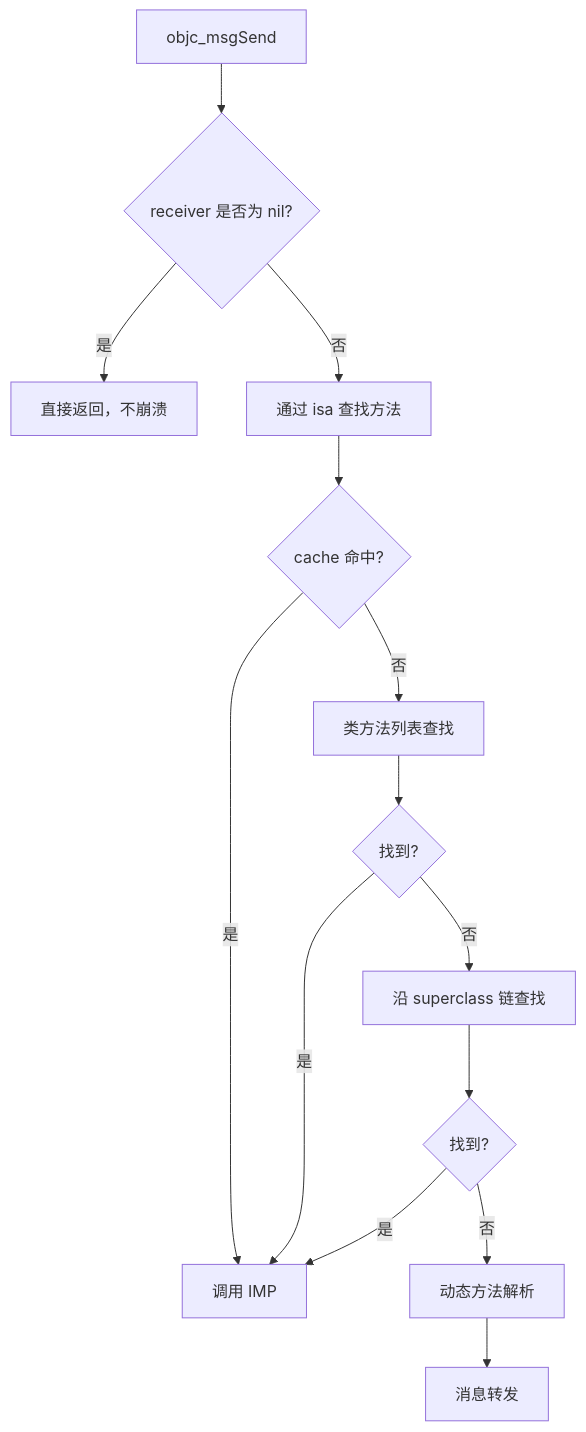
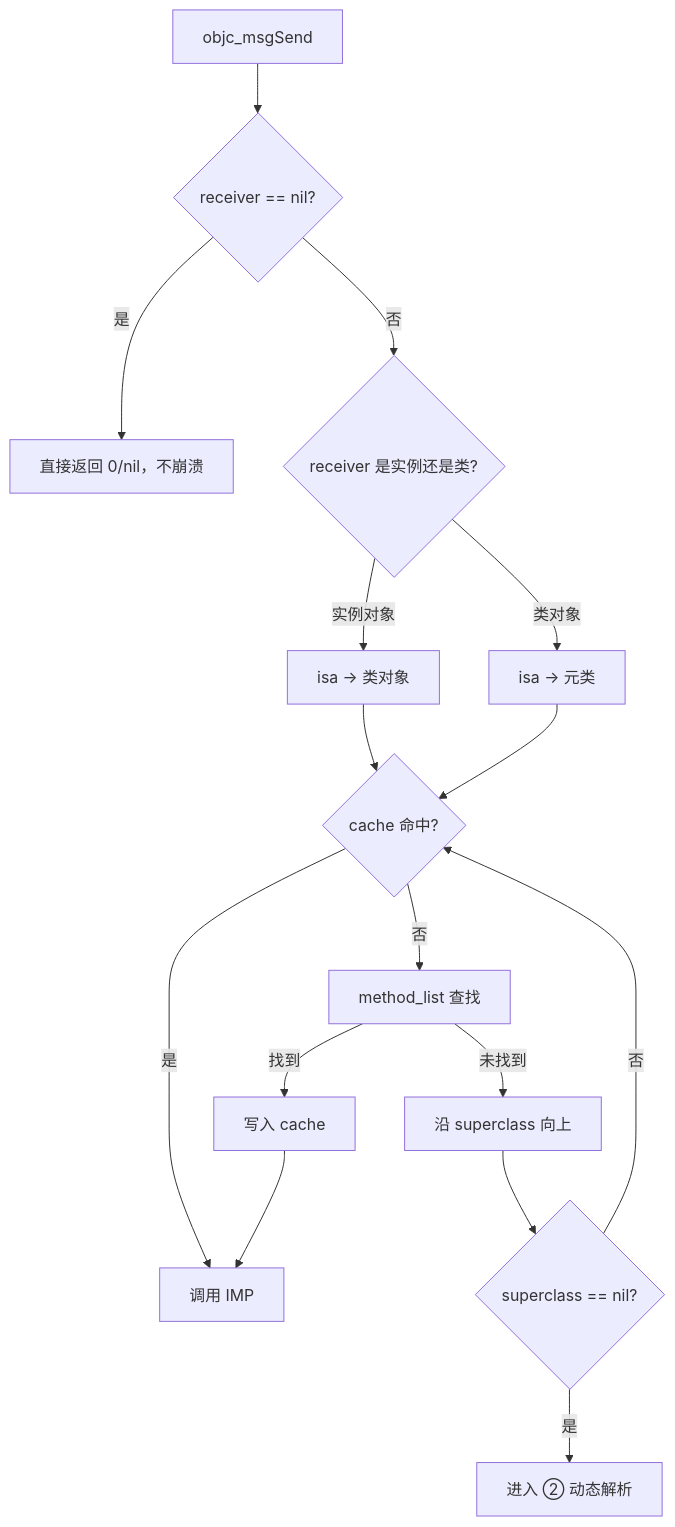
Before and after one commit to lvzh2012/lvzh2012.github.io: the diagram in content/posts/iOS面试/OC/02-OC动态解析Runtime.md, drawn with Mermaid. The commit also changed other lines of this file and 51 other files, not shown here.

````diff
--- a/content/posts/iOS面试/OC/02-OC动态解析Runtime.md
+++ b/content/posts/iOS面试/OC/02-OC动态解析Runtime.md
@@ -21,16 +54,18 @@
 ```mermaid
 flowchart TD
-    A[objc_msgSend] --> B{receiver 是否为 nil?}
-    B -->|是| C[直接返回，不崩溃]
-    B -->|否| D[通过 isa 查找方法]
-    D --> E{cache 命中?}
-    E -->|是| F[调用 IMP]
-    E -->|否| G[类方法列表查找]
-    G --> H{找到?}
-    H -->|是| F
-    H -->|否| I[沿 superclass 链查找]
-    I --> J{找到?}
-    J -->|是| F
-    J -->|否| K[动态方法解析]
-    K --> L[消息转发]
+    A["objc_msgSend"] --> B{"receiver == nil?"}
+    B -->|是| C["直接返回 0/nil，不崩溃"]
+    B -->|否| D{"receiver 是实例还是类?"}
+    D -->|实例对象| E["isa → 类对象"]
+    D -->|类对象| F["isa → 元类"]
+    E --> G{"cache 命中?"}
+    F --> G
+    G -->|是| H["调用 IMP"]
+    G -->|否| I["method_list 查找"]
+    I -->|找到| J["写入 cache"]
+    J --> H
+    I -->|未找到| K["沿 superclass 向上"]
+    K --> L{"superclass == nil?"}
+    L -->|否| G
+    L -->|是| M["进入 ② 动态解析"]
 ```
````
